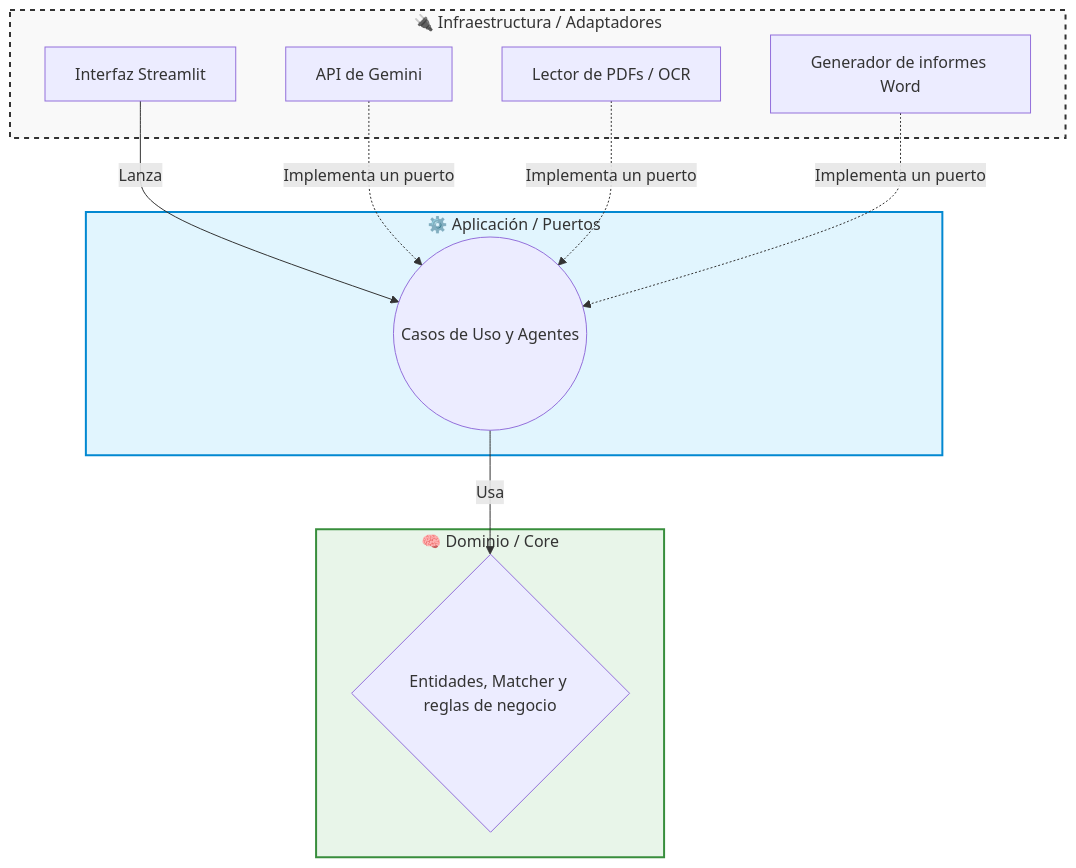
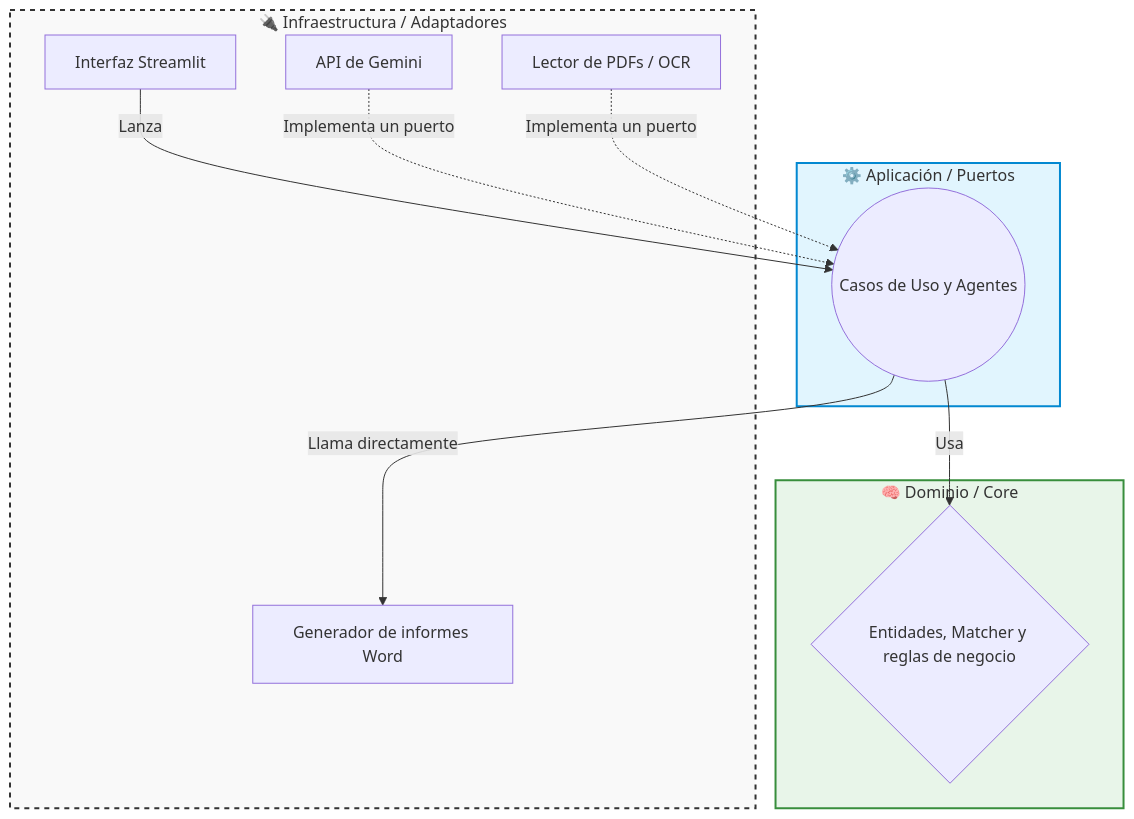
The third of 3 diagrams in Showcase_Licitaciones_Agents.md (ivanher97/Licitaciones_Agentes_CTIngenieros), drawn with Mermaid before and after one commit. The commit also changed other lines of this file, not shown here.

````diff
--- a/Showcase_Licitaciones_Agents.md
+++ b/Showcase_Licitaciones_Agents.md
@@ -50,27 +195,27 @@
 ```mermaid
 graph TD
     subgraph infrastructure [🔌 Infraestructura / Adaptadores]
         UI[Interfaz Streamlit]
         A[API de Gemini]
         B[Lector de PDFs / OCR]
         W[Generador de informes Word]
     end
 
     subgraph application [⚙️ Aplicación / Puertos]
         C((Casos de Uso y Agentes))
     end
 
     subgraph domain [🧠 Dominio / Core]
         D{Entidades, Matcher y reglas de negocio}
     end
 
     UI -->|Lanza| C
     A -.->|Implementa un puerto| C
     B -.->|Implementa un puerto| C
-    W -.->|Implementa un puerto| C
+    C -->|Llama directamente| W
     C -->|Usa| D
 
     style infrastructure fill:#f9f9f9,stroke:#333,stroke-width:2px,stroke-dasharray: 5 5
     style application fill:#e1f5fe,stroke:#0288d1,stroke-width:2px
     style domain fill:#e8f5e9,stroke:#388e3c,stroke-width:2px
 ```
````
